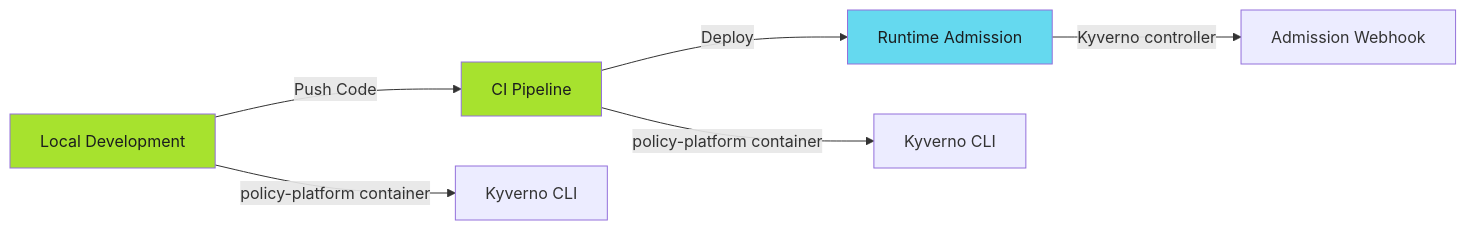
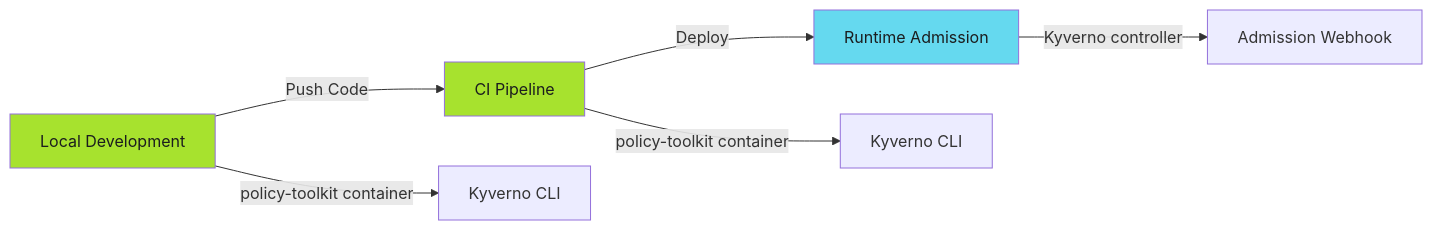
One commit to adaptive-enforcement-lab/adaptive-enforcement-lab-com changed the first of 2 diagrams in docs/enforce/policy-as-code/index.md. Above: the diagram before and after it, drawn with Mermaid. The commit also changed other lines of this file and 24 other files, not shown here.

````diff
--- a/docs/enforce/policy-as-code/index.md
+++ b/docs/enforce/policy-as-code/index.md
@@ -22,15 +22,15 @@
 ```mermaid
 graph LR
     A[Local Development] -->|Push Code| B[CI Pipeline]
     B -->|Deploy| C[Runtime Admission]
 
-    A -->|policy-platform container| A1[Kyverno CLI]
-    B -->|policy-platform container| B1[Kyverno CLI]
+    A -->|policy-toolkit container| A1[Kyverno CLI]
+    B -->|policy-toolkit container| B1[Kyverno CLI]
     C -->|Kyverno controller| C1[Admission Webhook]
 
     %% Ghostty Hardcore Theme
     style A fill:#a7e22e,color:#1b1d1e
     style B fill:#a7e22e,color:#1b1d1e
     style C fill:#65d9ef,color:#1b1d1e
 
 ```
````
